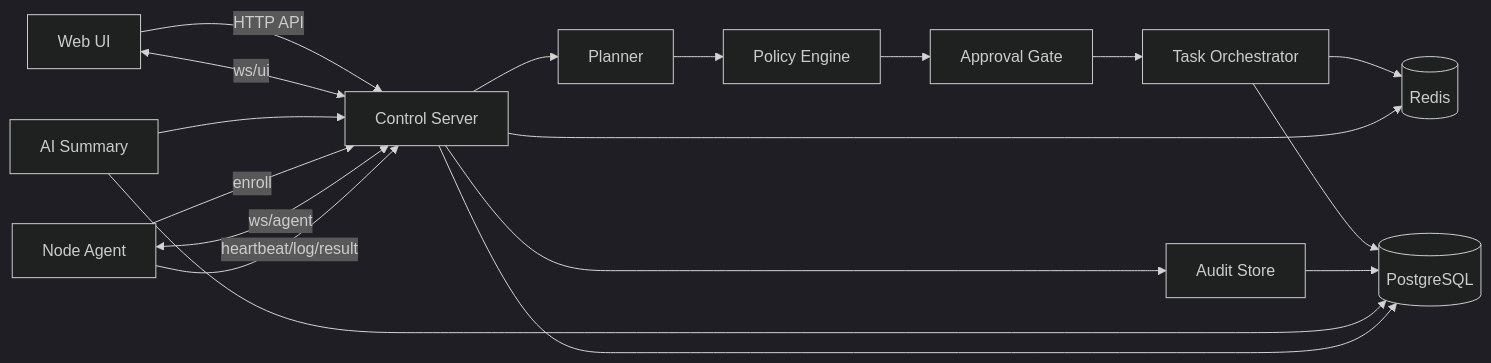
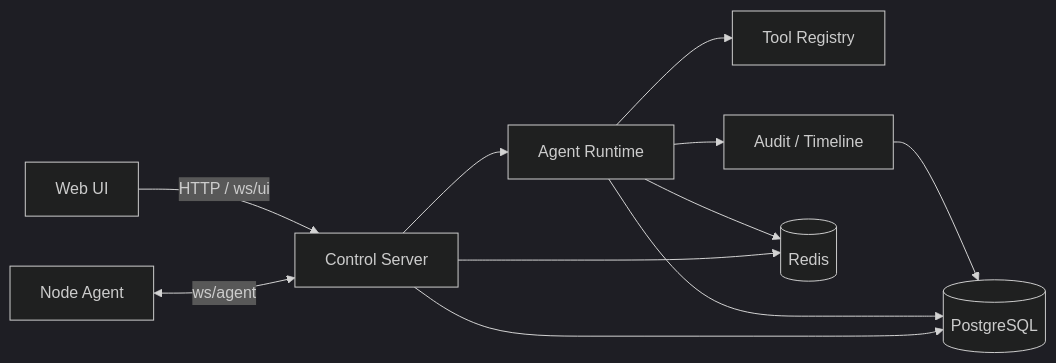
One commit to momaek/tolato changed the diagram in docs/backend_architecture.md. Above: the diagram before and after it, drawn with Mermaid (dark theme). The commit also changed other lines of this file and 4 other files, not shown here.

Commit message:
docs: align agent loop timeline design

````diff
--- a/docs/backend_architecture.md
+++ b/docs/backend_architecture.md
@@ -69,34 +50,22 @@
 ```mermaid
 flowchart LR
     UI[Web UI]
     API[Control Server]
-    Planner[Planner]
-    Policy[Policy Engine]
-    Approval[Approval Gate]
-    Orchestrator[Task Orchestrator]
-    Summary[AI Summary]
-    Audit[Audit Store]
+    Runtime[Agent Runtime]
+    Tools[Tool Registry]
+    Audit[Audit / Timeline]
     PG[(PostgreSQL)]
     Redis[(Redis)]
     Agent[Node Agent]
 
-    UI -->|HTTP API| API
-    UI <-->|ws/ui| API
-
-    API --> Planner
-    Planner --> Policy
-    Policy --> Approval
-    Approval --> Orchestrator
-    Orchestrator --> Redis
-    Orchestrator --> PG
-    API --> Audit
+    UI -->|HTTP / ws/ui| API
+    API --> Runtime
+    Runtime --> Tools
+    Runtime --> Audit
     Audit --> PG
-    Summary --> PG
-    Summary --> API
-
-    Agent -->|enroll| API
+    Runtime --> PG
+    Runtime --> Redis
     Agent <-->|ws/agent| API
-    Agent -->|heartbeat/log/result| API
     API --> PG
     API --> Redis
 ```
````
